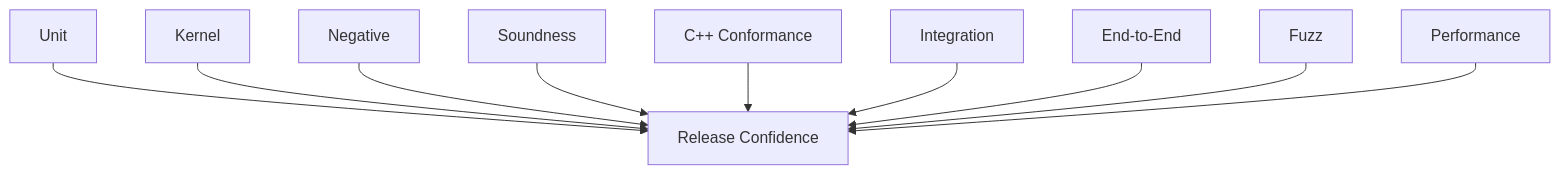
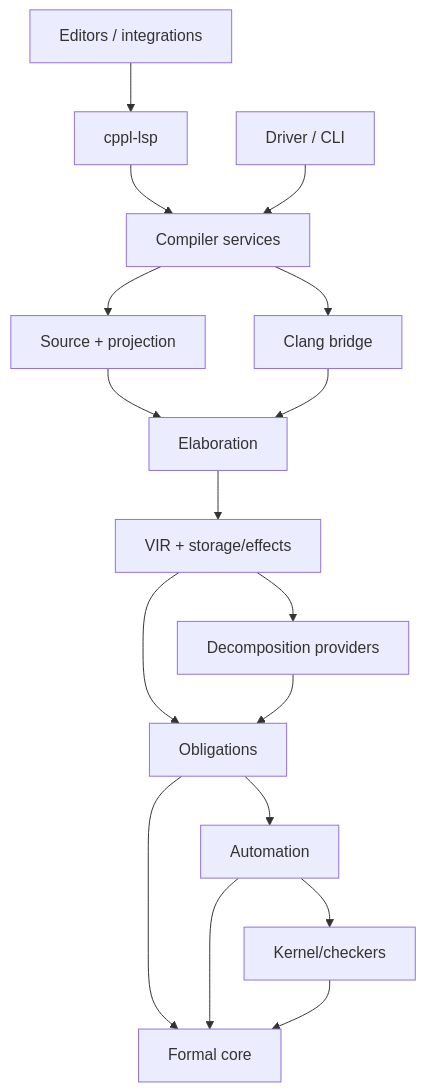
Before and after one commit to MattCCC/cppl: the sixth of 6 diagrams in docs/ARCHITECTURE.md, drawn with Mermaid. The commit also changed other lines of this file, not shown here.

Commit message:
docs: Update architecture doc

````diff
--- a/docs/ARCHITECTURE.md
+++ b/docs/ARCHITECTURE.md
@@ -1971,24 +2844,33 @@
 ```mermaid
 flowchart TD
-    UNIT["Unit"]
-    KERNEL["Kernel"]
-    NEG["Negative"]
-    SOUND["Soundness"]
-    CONF["C++ Conformance"]
-    INT["Integration"]
-    E2E["End-to-End"]
-    FUZZ["Fuzz"]
-    PERF["Performance"]
+    EDIT["Editors / integrations"]
+    LSP["cppl-lsp"]
+    CLI["Driver / CLI"]
+    SERVICES["Compiler services"]
+    SOURCE["Source + projection"]
+    CLANG["Clang bridge"]
+    ELAB["Elaboration"]
+    VIR["VIR + storage/effects"]
+    DECOMP["Decomposition providers"]
+    OBL["Obligations"]
+    AUTO["Automation"]
+    CORE["Formal core"]
+    KERNEL["Kernel/checkers"]
 
-    ALL["Release Confidence"]
-
-    UNIT --> ALL
-    KERNEL --> ALL
-    NEG --> ALL
-    SOUND --> ALL
-    CONF --> ALL
-    INT --> ALL
-    E2E --> ALL
-    FUZZ --> ALL
-    PERF --> ALL
+    EDIT --> LSP
+    LSP --> SERVICES
+    CLI --> SERVICES
+    SERVICES --> SOURCE
+    SERVICES --> CLANG
+    SOURCE --> ELAB
+    CLANG --> ELAB
+    ELAB --> VIR
+    VIR --> DECOMP
+    VIR --> OBL
+    DECOMP --> OBL
+    OBL --> AUTO
+    OBL --> CORE
+    AUTO --> CORE
+    AUTO --> KERNEL
+    KERNEL --> CORE
 ```
````
